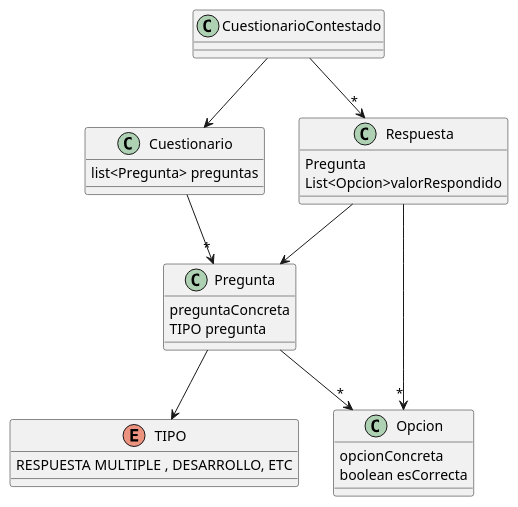
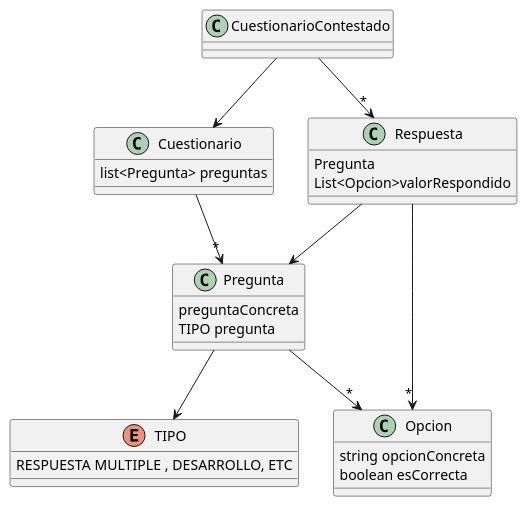
Before and after one commit to nachovilla123/DisenioDeSistemasUTN: the diagram in src/primer_parcial/2023/ESTIM/ESTIM_V1_BUEN_DISEÑO/extras/modelo_Cuestionario.puml, drawn with PlantUML.

Commit message:
update modelo cuestionario

```diff
--- a/src/primer_parcial/2023/ESTIM/ESTIM_V1_BUEN_DISEÑO/extras/modelo_Cuestionario.puml
+++ b/src/primer_parcial/2023/ESTIM/ESTIM_V1_BUEN_DISEÑO/extras/modelo_Cuestionario.puml
@@ -1,38 +1,43 @@
 @startuml
 
 Cuestionario -->"*" Pregunta
 CuestionarioContestado --> Cuestionario
 CuestionarioContestado -->"*" Respuesta
 Respuesta --> Pregunta 
 
 class Cuestionario {
 
     list<Pregunta> preguntas
 }
 
 class Respuesta {
     Pregunta
     List<Opcion>valorRespondido
 }
 
 class Pregunta {
     preguntaConcreta
     TIPO pregunta
 
 }
 Pregunta  --> TIPO
+
 enum TIPO {
     RESPUESTA MULTIPLE , DESARROLLO, ETC
 }
 
 Respuesta -->"*" Opcion 
 Pregunta -->"*" Opcion
 
 class Opcion {
-    opcionConcreta
+    string opcionConcreta
     boolean esCorrecta
 }
 
 
 
+
+
+
+
 @enduml
```
